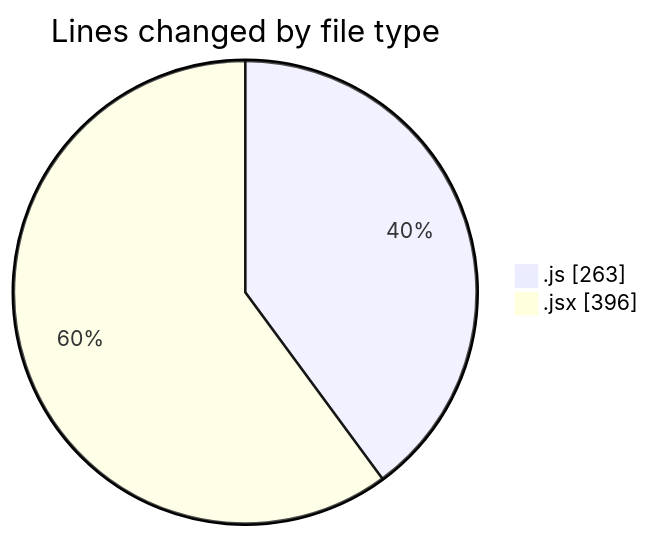
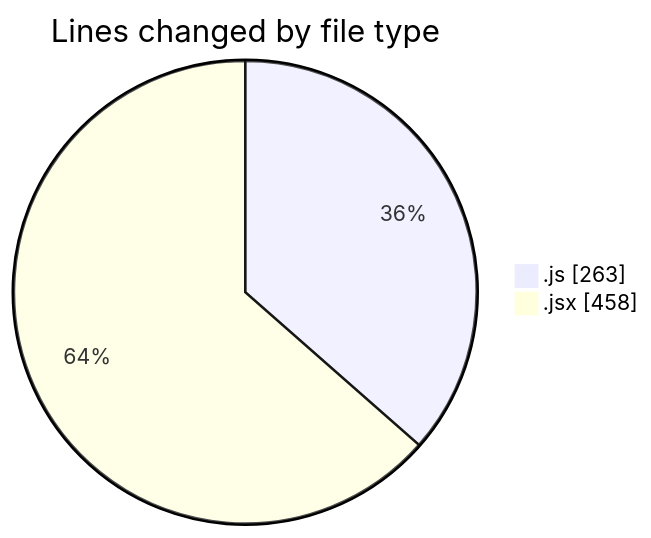
The first of 2 diagrams in 2025-05-31/nxtqube_webapp/README.md (nxtqubesakshisongat/code-tracking), drawn with Mermaid before and after one commit. The commit also changed other lines of this file and 1 other file, not shown here.

````diff
--- a/2025-05-31/nxtqube_webapp/README.md
+++ b/2025-05-31/nxtqube_webapp/README.md
@@ -23,6 +23,6 @@
 ```mermaid
 pie showData
 title Lines changed by file type
 ".js" : 263
-".jsx" : 396
+".jsx" : 458
 ```
````
